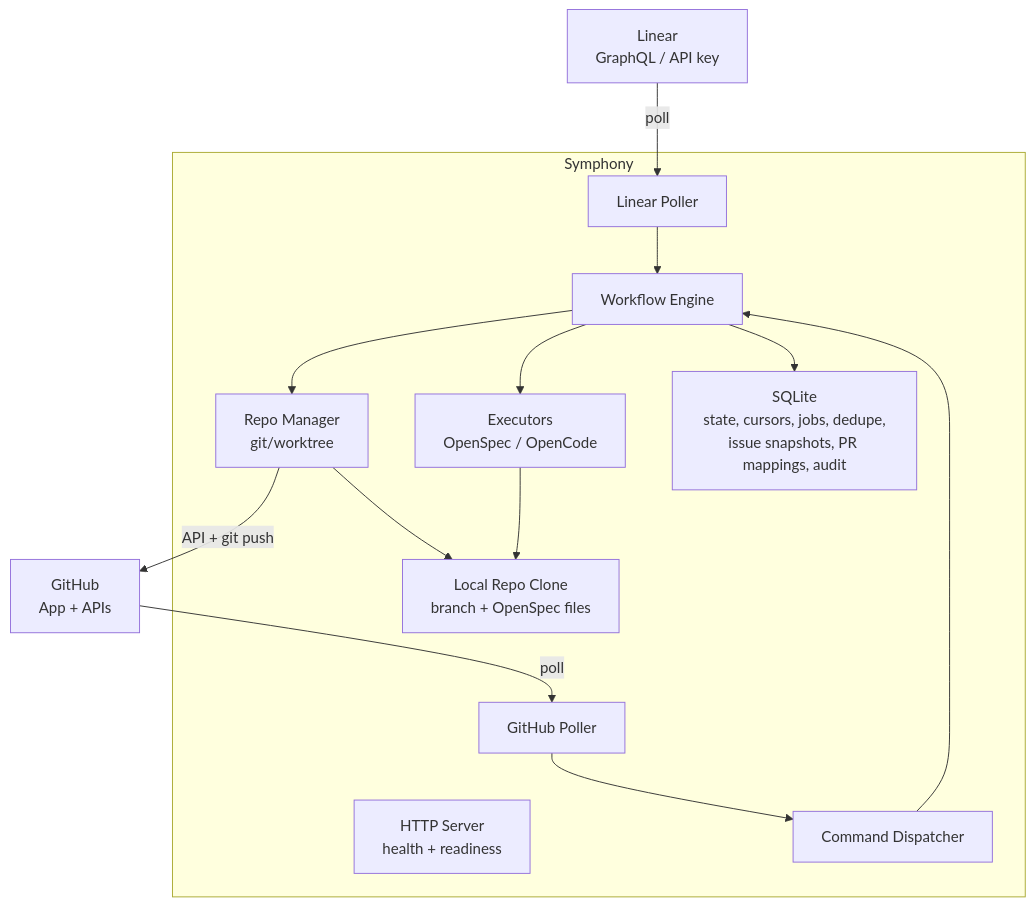
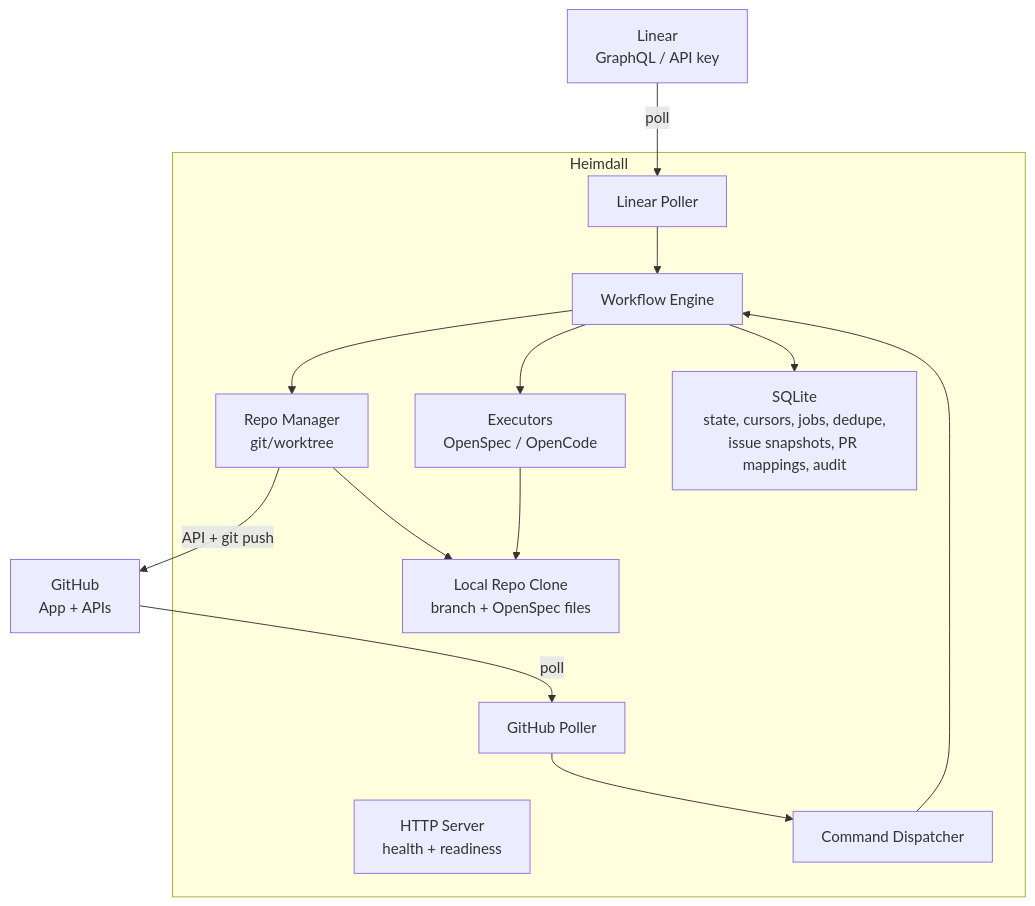
One commit to mngeow/heimdall changed the first of 3 diagrams in docs/architecture.md. Above: the diagram before and after it, drawn with Mermaid. The commit also changed other lines of this file and 112 other files, not shown here.

````diff
--- a/docs/architecture.md
+++ b/docs/architecture.md
@@ -13,27 +13,27 @@
 ```mermaid
 flowchart TB
     Linear["Linear<br/>GraphQL / API key"] -->|poll| Poller
     GitHub["GitHub<br/>App + APIs"] -->|poll| GitHubPoller
 
-    subgraph Symphony["Symphony"]
+    subgraph Heimdall["Heimdall"]
         Poller["Linear Poller"]
         GitHubPoller["GitHub Poller"]
         HTTPServer["HTTP Server<br/>health + readiness"]
         CommandDispatcher["Command Dispatcher"]
         WorkflowEngine["Workflow Engine"]
         RepoManager["Repo Manager<br/>git/worktree"]
         Executors["Executors<br/>OpenSpec / OpenCode"]
         LocalRepo["Local Repo Clone<br/>branch + OpenSpec files"]
         SQLite["SQLite<br/>state, cursors, jobs, dedupe,<br/>issue snapshots, PR mappings, audit"]
 
         Poller --> WorkflowEngine
         GitHubPoller --> CommandDispatcher --> WorkflowEngine
         WorkflowEngine --> RepoManager
         WorkflowEngine --> Executors
         WorkflowEngine --> SQLite
         RepoManager --> LocalRepo
         Executors --> LocalRepo
     end
 
     RepoManager -->|API + git push| GitHub
 ```
````
